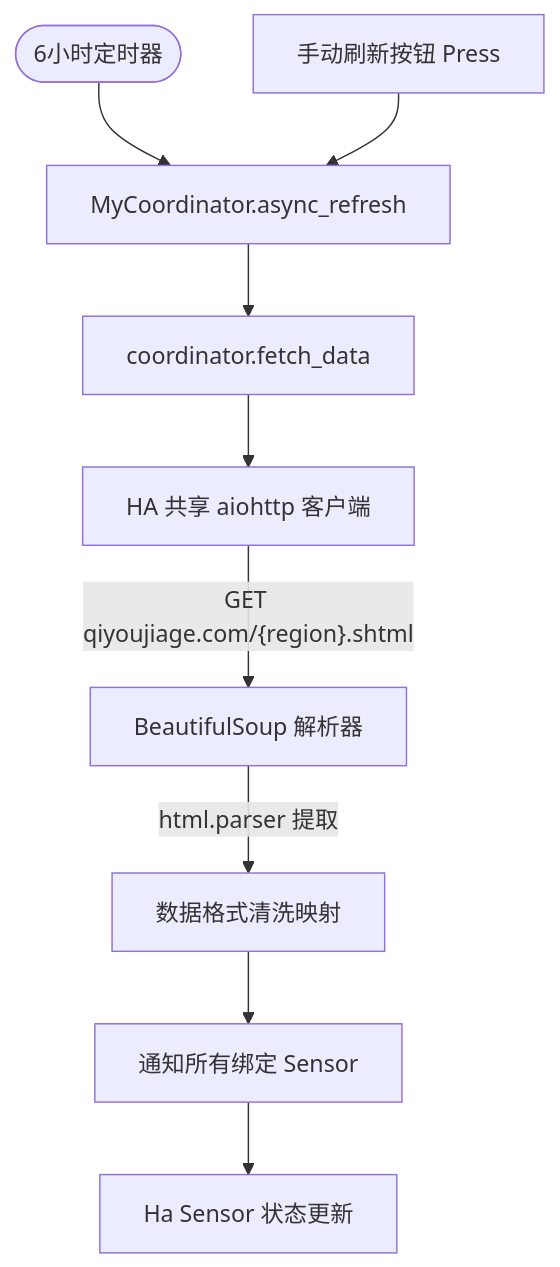
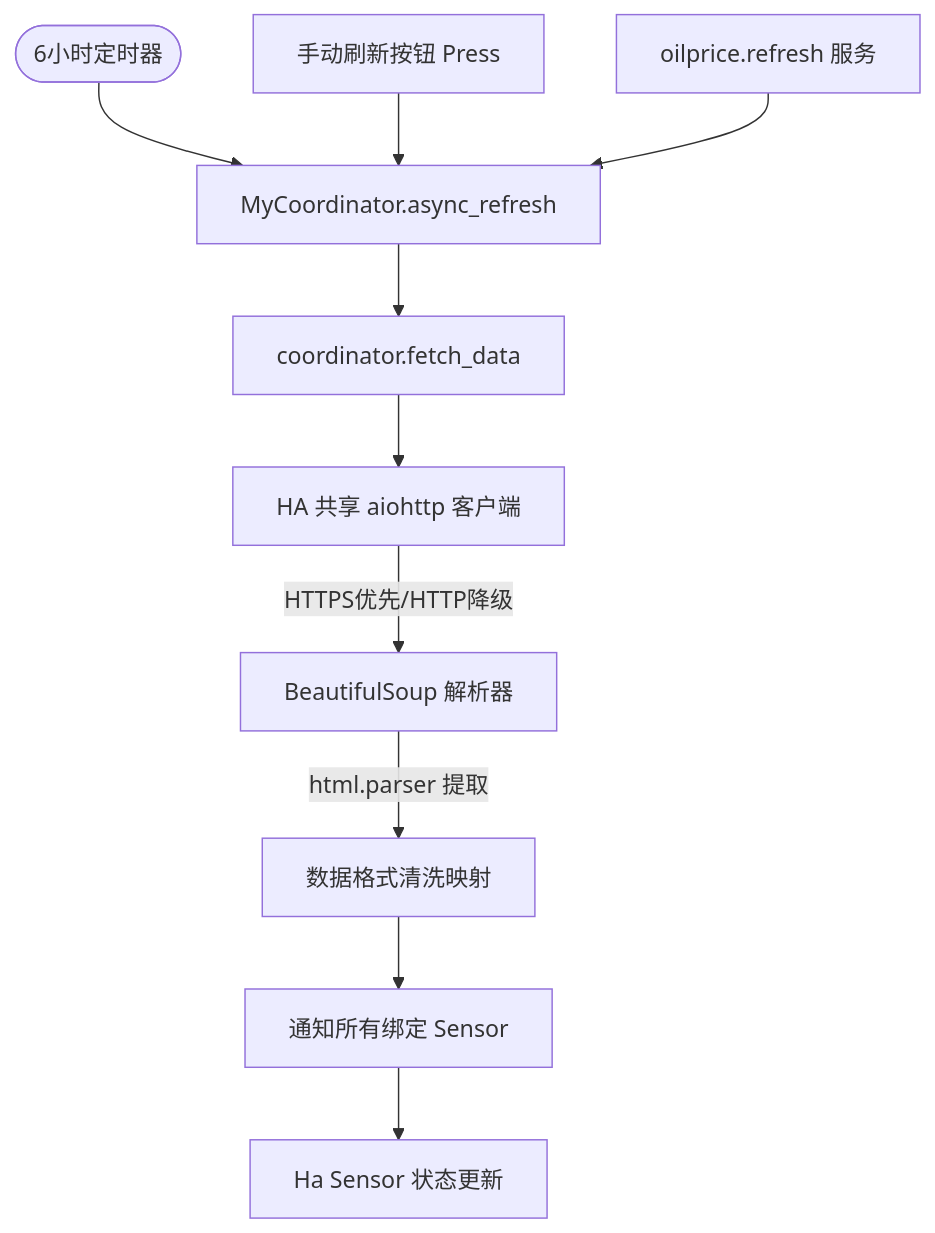
The diagram in ARCHITECTURE.md (yyned2501/oilprice), drawn with Mermaid before and after one commit. The commit also changed other lines of this file, not shown here.

Commit message:
更新 ARCHITECTURE.md: HTTPS优先、services.yaml、实体与服务章节、版本管理

````diff
--- a/ARCHITECTURE.md
+++ b/ARCHITECTURE.md
@@ -30,11 +33,12 @@
 ```mermaid
 graph TD
     Timer([6小时定时器]) --> Coord[MyCoordinator.async_refresh]
     Btn[手动刷新按钮 Press] --> Coord
+    Service[oilprice.refresh 服务] --> Coord
     Coord --> Fetch[coordinator.fetch_data]
     Fetch --> HttpClient[HA 共享 aiohttp 客户端]
-    HttpClient -- GET qiyoujiage.com/{region}.shtml --> Parser[BeautifulSoup 解析器]
+    HttpClient -- HTTPS优先/HTTP降级 --> Parser[BeautifulSoup 解析器]
     Parser -- html.parser 提取 --> Mapping[数据格式清洗映射]
     Mapping --> Dispatch[通知所有绑定 Sensor]
     Dispatch --> State[Ha Sensor 状态更新]
 ```
````
